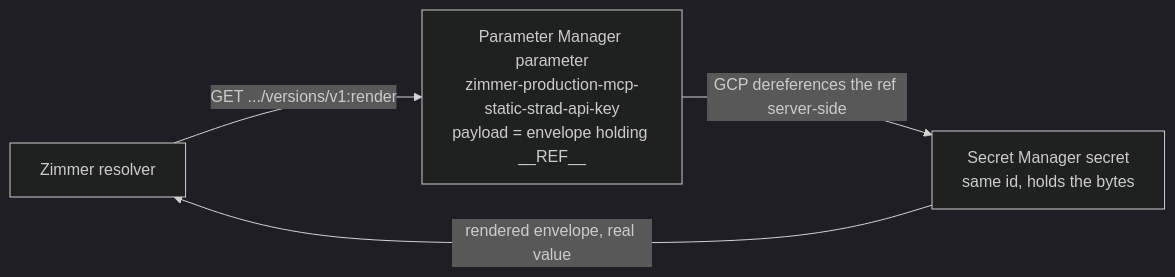
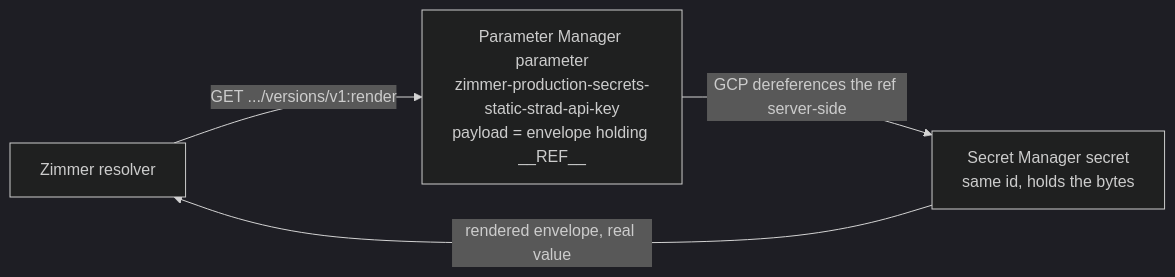
The diagram in docs/src/content/docs/operate/secrets-parameter-store.md (tadasant/zimmer), drawn with Mermaid (dark theme) before and after one commit. The commit also changed other lines of this file and 25 other files, not shown here.

````diff
--- a/docs/src/content/docs/operate/secrets-parameter-store.md
+++ b/docs/src/content/docs/operate/secrets-parameter-store.md
@@ -100,7 +242,7 @@
 ```mermaid
 flowchart LR
   C["Zimmer resolver"] -->|"GET .../versions/v1:render"| A
-  A["Parameter Manager parameter<br/>zimmer-production-mcp-static-strad-api-key<br/>payload = envelope holding __REF__"]
+  A["Parameter Manager parameter<br/>zimmer-production-secrets-static-strad-api-key<br/>payload = envelope holding __REF__"]
   A -->|"GCP dereferences the ref server-side"| B["Secret Manager secret<br/>same id, holds the bytes"]
   B -->|"rendered envelope, real value"| C
 ```
````
